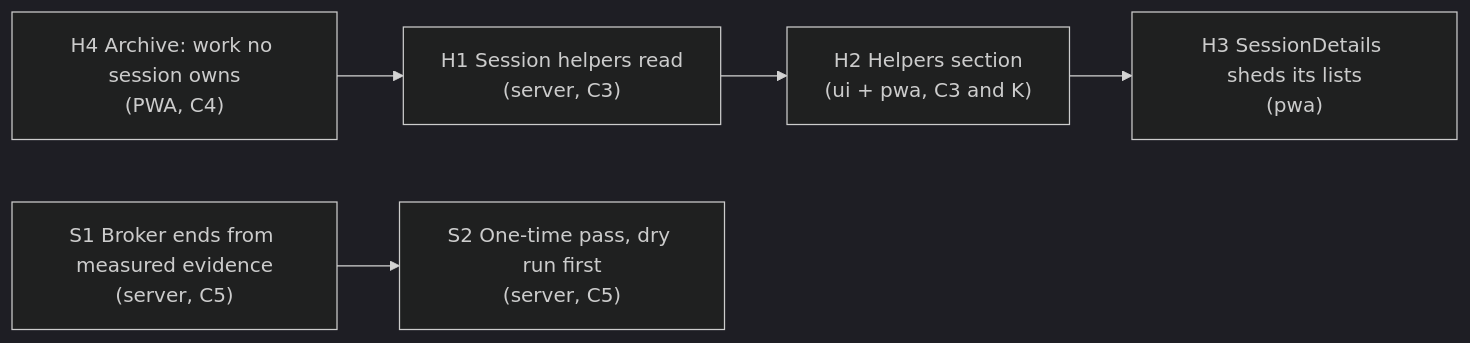
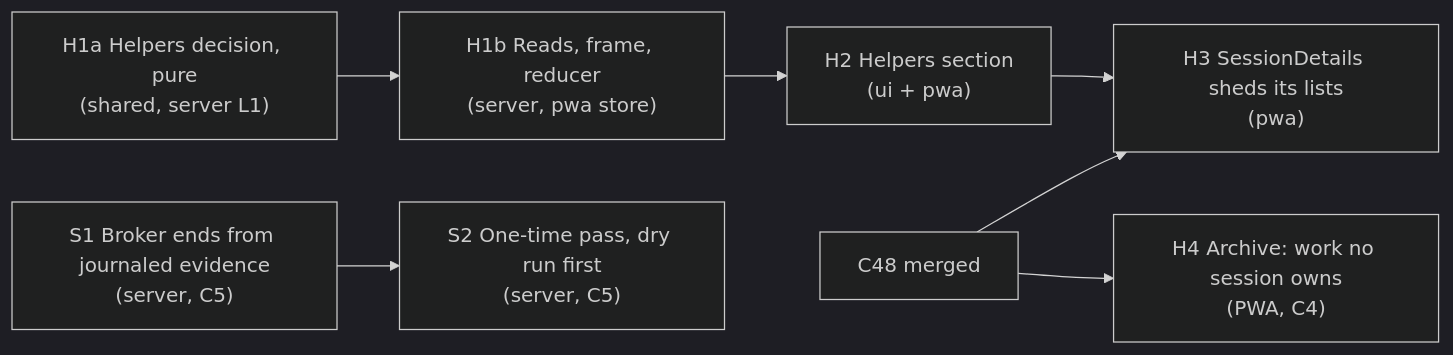
One commit to Synapsium-Labs/ccrc-pwa changed the fourth of 4 diagrams in docs/superpowers/specs/2026-11-19-session-helpers-design.md. Above: the diagram before and after it, drawn with Mermaid (dark theme). The commit also changed other lines of this file and 6 other files, not shown here.

First line of the commit message:
docs(spec): C49 fix round 1 — measured causes, the server's keep, the real unowned wire (review 2861)

````diff
--- a/docs/superpowers/specs/2026-11-19-session-helpers-design.md
+++ b/docs/superpowers/specs/2026-11-19-session-helpers-design.md
@@ -389,7 +570,10 @@
 ```mermaid
 flowchart LR
-  H4["H4 Archive: work no session owns<br/>(PWA, C4)"] --> H1["H1 Session helpers read<br/>(server, C3)"]
-  H1 --> H2["H2 Helpers section<br/>(ui + pwa, C3 and K)"]
+  H4["H4 Archive: work no session owns<br/>(PWA, C4)"]
+  H1a["H1a Helpers decision, pure<br/>(shared, server L1)"] --> H1b["H1b Reads, frame, reducer<br/>(server, pwa store)"]
+  H1b --> H2["H2 Helpers section<br/>(ui + pwa)"]
   H2 --> H3["H3 SessionDetails sheds its lists<br/>(pwa)"]
-  S1["S1 Broker ends from measured evidence<br/>(server, C5)"] --> S2["S2 One-time pass, dry run first<br/>(server, C5)"]
+  C48["C48 merged"] --> H3
+  C48 --> H4
+  S1["S1 Broker ends from journaled evidence<br/>(server, C5)"] --> S2["S2 One-time pass, dry run first<br/>(server, C5)"]
 ```
````
